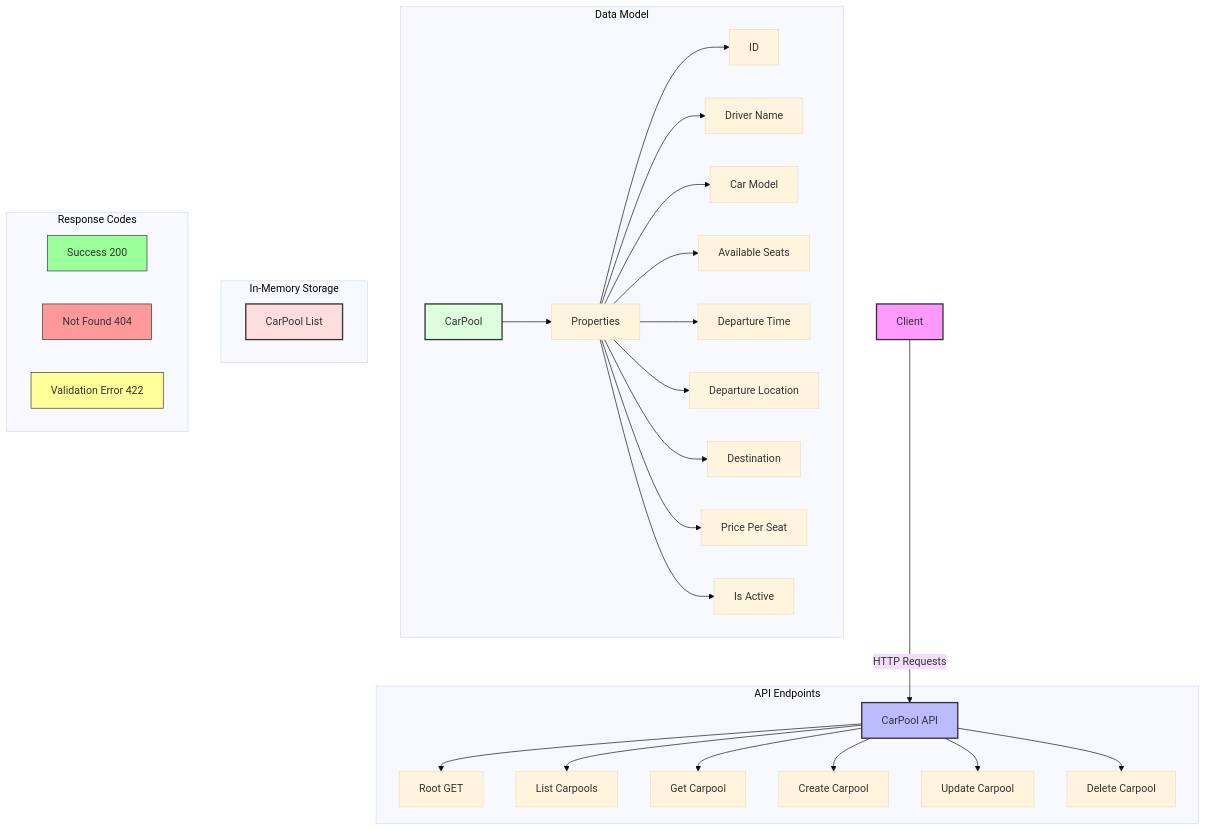
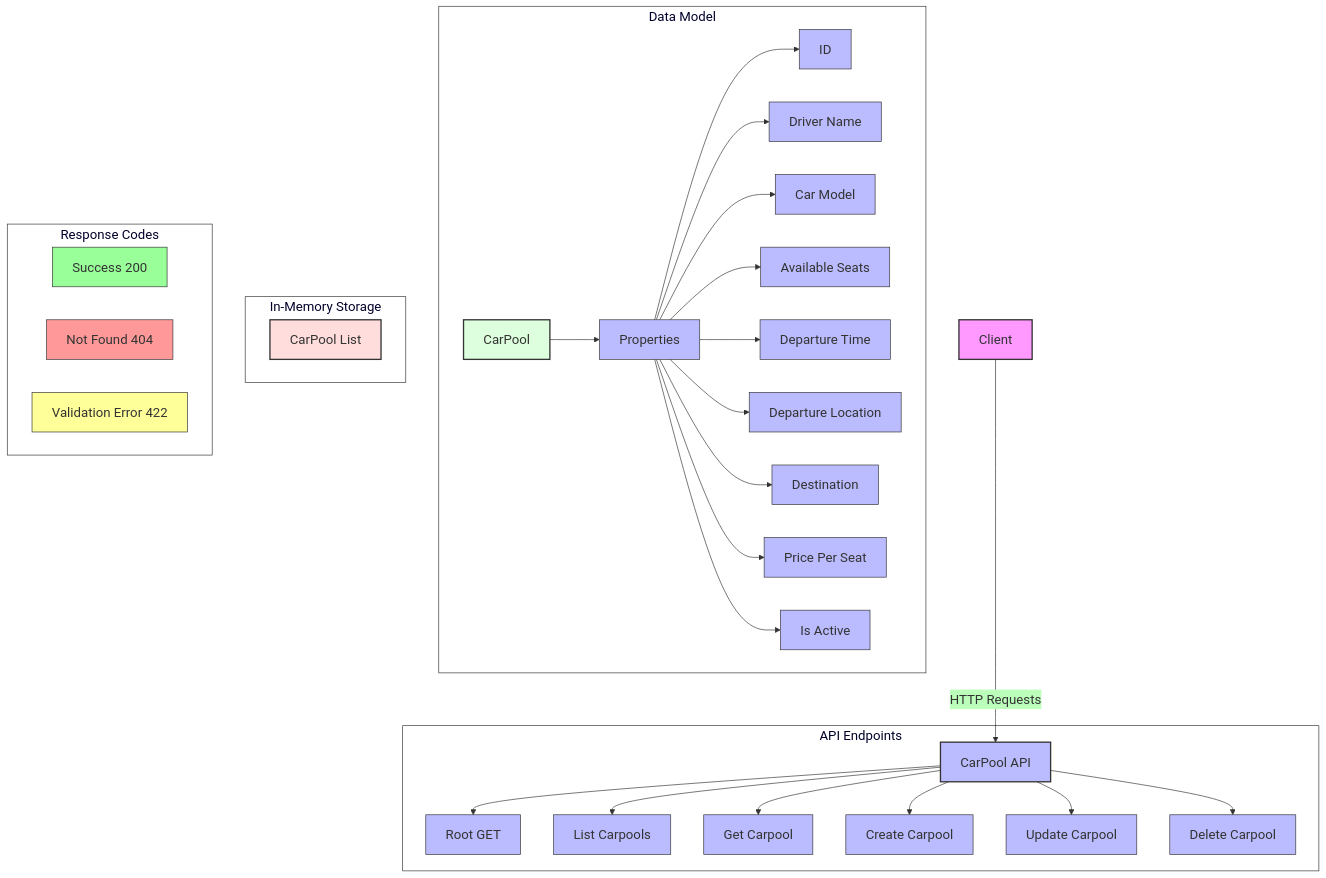
The diagram in API_DIAGRAM.md (maheswarim-work/car-pool-api), drawn with Mermaid before and after one commit.

Commit message:
update api diagram

````diff
--- a/API_DIAGRAM.md
+++ b/API_DIAGRAM.md
@@ -1,62 +1,62 @@
 ```mermaid
-%%{init: {'theme': 'base', 'themeVariables': { 'fontSize': '16px'}, 'themeConfig': {'fontFamily': 'arial'}}}%%
+%%{init: {'theme': 'base', 'themeVariables': { 'fontSize': '20px', 'nodeBorder': '#333', 'lineColor': '#333', 'primaryColor': '#bbf', 'primaryTextColor': '#333', 'primaryBorderColor': '#333', 'nodeTextColor': '#333', 'clusterBkg': '#fff', 'clusterBorder': '#333'}, 'themeConfig': {'fontFamily': 'arial'}, 'flowchart': {'nodeSpacing': 50, 'rankSpacing': 50}}}%%
 graph TD
     A[Client] -->|HTTP Requests| B[CarPool API]
     
     subgraph API Endpoints
         C[Root GET]
         D[List Carpools]
         E[Get Carpool]
         F[Create Carpool]
         G[Update Carpool]
         H[Delete Carpool]
         B --> C
         B --> D
         B --> E
         B --> F
         B --> G
         B --> H
     end
 
     subgraph Data Model
         I[CarPool]
         J[Properties]
         K[ID]
         L[Driver Name]
         M[Car Model]
         N[Available Seats]
         O[Departure Time]
         P[Departure Location]
         Q[Destination]
         R[Price Per Seat]
         S[Is Active]
         I --> J
         J --> K
         J --> L
         J --> M
         J --> N
         J --> O
         J --> P
         J --> Q
         J --> R
         J --> S
     end
 
     subgraph In-Memory Storage
         T[CarPool List]
     end
 
     subgraph Response Codes
         U[Success 200]
         V[Not Found 404]
         W[Validation Error 422]
     end
 
     style A fill:#f9f,stroke:#333,stroke-width:2px
     style B fill:#bbf,stroke:#333,stroke-width:2px
     style I fill:#dfd,stroke:#333,stroke-width:2px
     style T fill:#fdd,stroke:#333,stroke-width:2px
     style U fill:#9f9,stroke:#333,stroke-width:1px
     style V fill:#f99,stroke:#333,stroke-width:1px
     style W fill:#ff9,stroke:#333,stroke-width:1px
 ```
````
